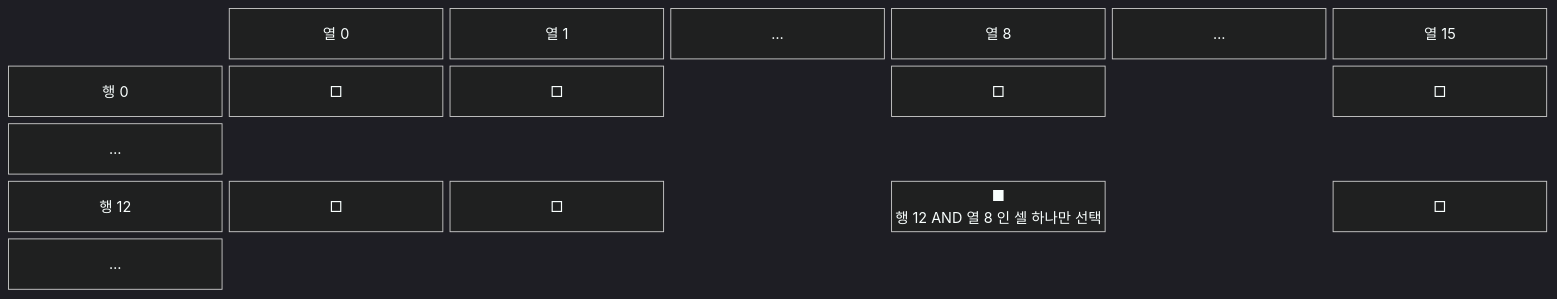
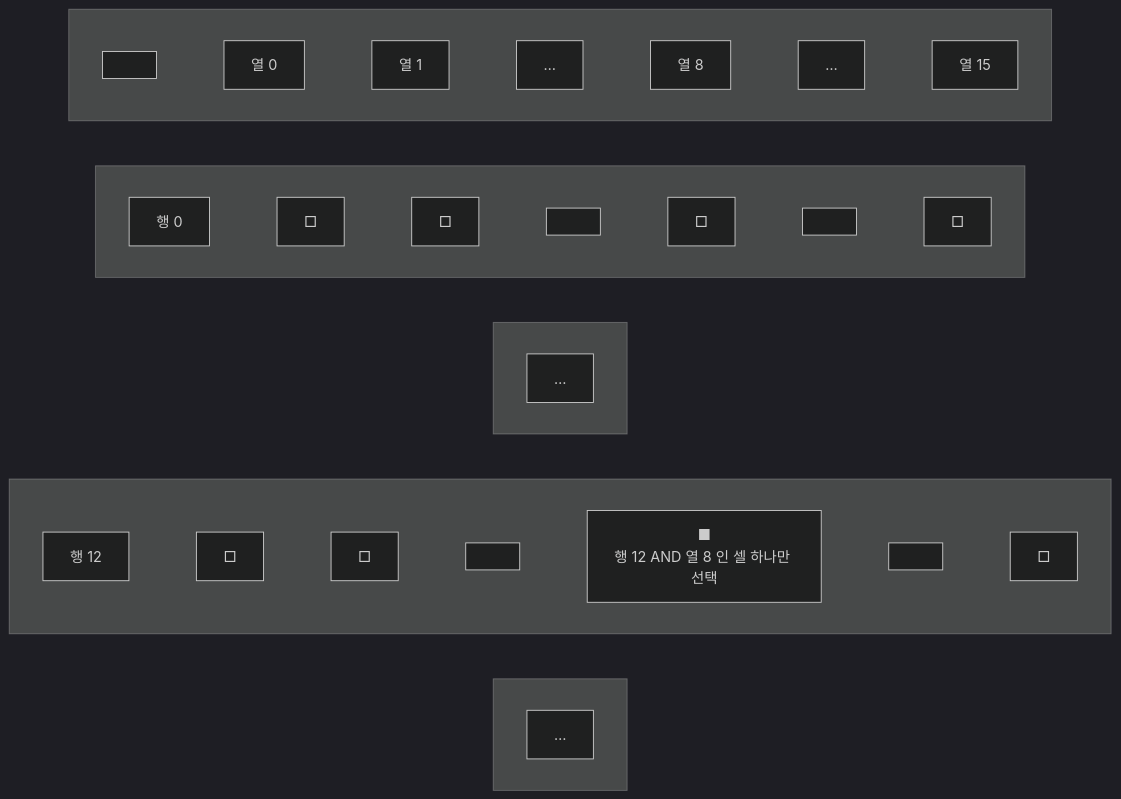
One commit to HerrineKim/riverlog changed the second of 2 diagrams in content/knowledge/Computer-Science/Computer-Architecture/digital-logic-circuits.md. Above: the diagram before and after it, drawn with Mermaid (dark theme). The commit also changed 4 other files, not shown here.

First line of the commit message:
docs(knowledge): block-beta 다이어그램을 flowchart로 (일부)

````diff
--- a/content/knowledge/Computer-Science/Computer-Architecture/digital-logic-circuits.md
+++ b/content/knowledge/Computer-Science/Computer-Architecture/digital-logic-circuits.md
@@ -264,9 +264,24 @@
 ```mermaid
-block-beta
-  columns 7
-  space c0["열 0"] c1["열 1"] cx1["…"] c8["열 8"] cx2["…"] c15["열 15"]
-  r0["행 0"] a0["□"] a1["□"] space a8["□"] space a15["□"]
-  rx1["…"] space:6
-  r12["행 12"] b0["□"] b1["□"] space b8["■<br/>행 12 AND 열 8 인 셀 하나만 선택"] space b15["□"]
-  rx2["…"] space:6
+flowchart TB
+  subgraph hrow[" "]
+    direction LR
+    s0[" "] ~~~ c0["열 0"] ~~~ c1["열 1"] ~~~ cx1["…"] ~~~ c8["열 8"] ~~~ cx2["…"] ~~~ c15["열 15"]
+  end
+  subgraph row0[" "]
+    direction LR
+    r0["행 0"] ~~~ a0["□"] ~~~ a1["□"] ~~~ s1[" "] ~~~ a8["□"] ~~~ s2[" "] ~~~ a15["□"]
+  end
+  subgraph rowx1[" "]
+    direction LR
+    rx1["…"]
+  end
+  subgraph row12[" "]
+    direction LR
+    r12["행 12"] ~~~ b0["□"] ~~~ b1["□"] ~~~ s3[" "] ~~~ b8["■<br/>행 12 AND 열 8 인 셀 하나만 선택"] ~~~ s4[" "] ~~~ b15["□"]
+  end
+  subgraph rowx2[" "]
+    direction LR
+    rx2["…"]
+  end
+  hrow ~~~ row0 ~~~ rowx1 ~~~ row12 ~~~ rowx2
 ```
````
